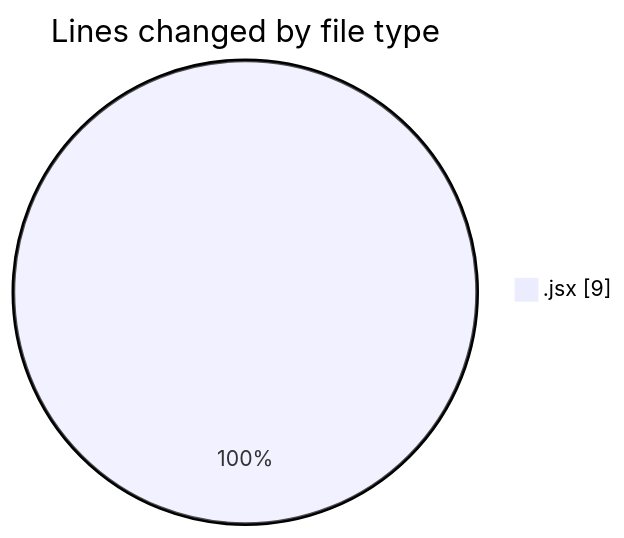
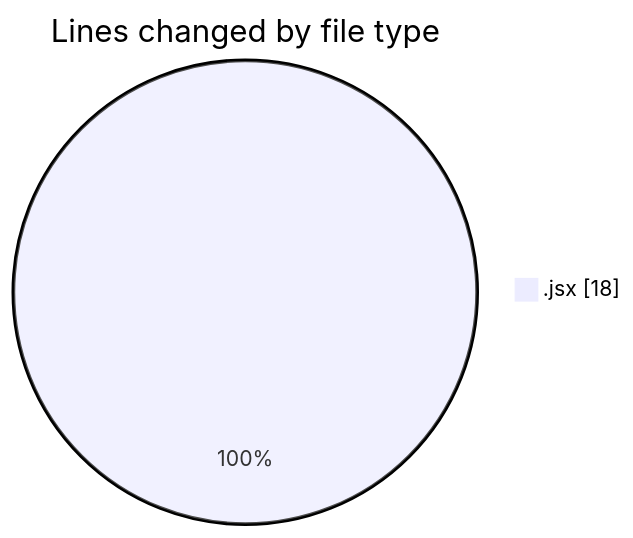
One commit to Elitesun/code-tracking changed the first of 2 diagrams in 2025-01-29/react/README.md. Above: the diagram before and after it, drawn with Mermaid. The commit also changed other lines of this file and 1 other file, not shown here.

````diff
--- a/2025-01-29/react/README.md
+++ b/2025-01-29/react/README.md
@@ -20,5 +21,5 @@
 ```mermaid
 pie showData
 title Lines changed by file type
-".jsx" : 9
+".jsx" : 18
 ```
````
